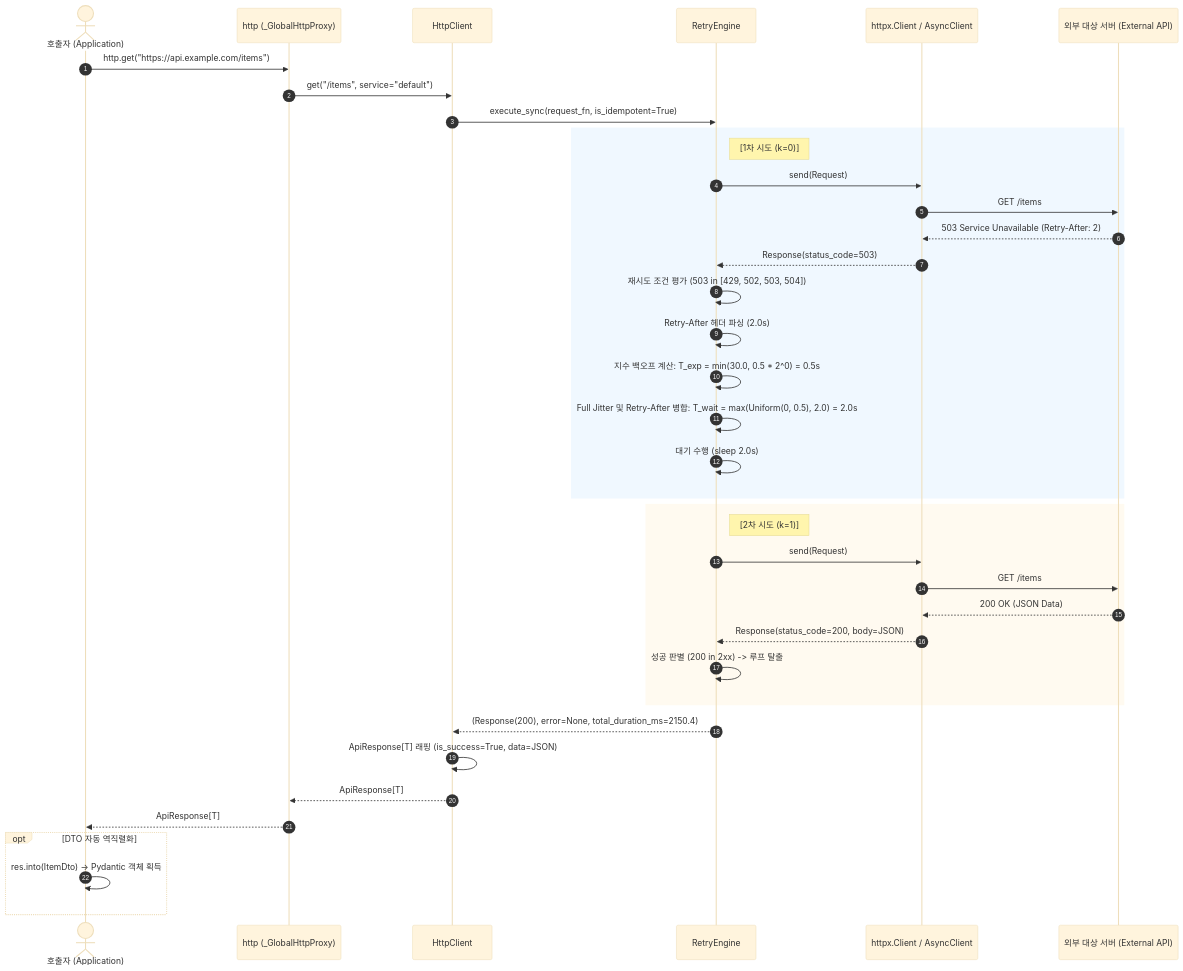
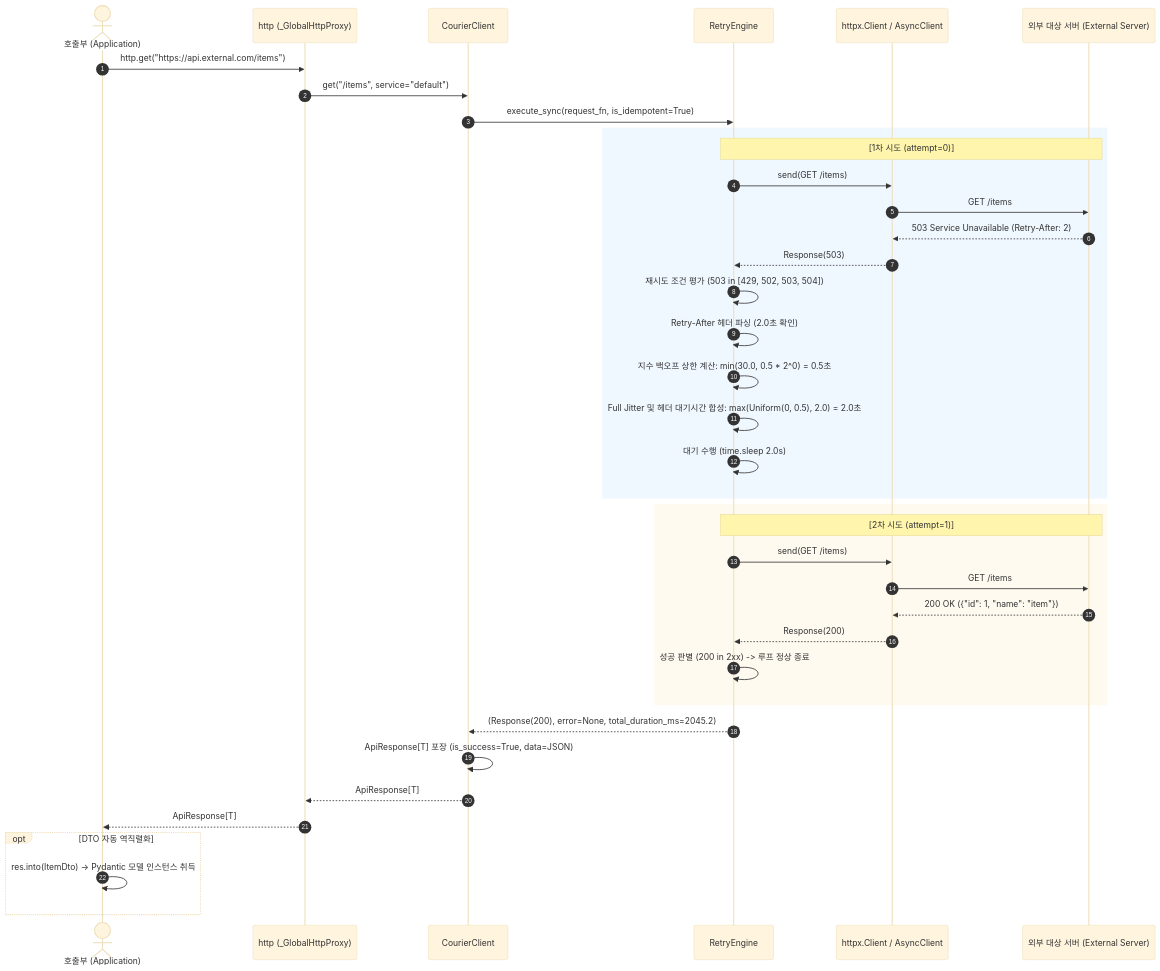
The second of 2 diagrams in docs/courier/system-designer/01_SYSTEM_DESIGN.md (ozplayground/python-package), drawn with Mermaid (base theme) before and after one commit. The commit also changed other lines of this file and 53 other files, not shown here.

````diff
--- a/docs/courier/system-designer/01_SYSTEM_DESIGN.md
+++ b/docs/courier/system-designer/01_SYSTEM_DESIGN.md
@@ -290,46 +254,46 @@
 ```mermaid
 sequenceDiagram
     autonumber
-    actor Caller as 호출자 (Application)
+    actor Caller as 호출부 (Application)
     participant Proxy as http (_GlobalHttpProxy)
-    participant Client as HttpClient
+    participant Client as CourierClient
     participant Retry as RetryEngine
     participant HTTPX as httpx.Client / AsyncClient
-    participant Server as 외부 대상 서버 (External API)
+    participant Server as 외부 대상 서버 (External Server)
 
-    Caller->>Proxy: http.get("https://api.example.com/items")
+    Caller->>Proxy: http.get("https://api.external.com/items")
     Proxy->>Client: get("/items", service="default")
     Client->>Retry: execute_sync(request_fn, is_idempotent=True)
-    
+
     rect rgb(240, 248, 255)
-        note right of Retry: [1차 시도 (k=0)]
-        Retry->>HTTPX: send(Request)
+        note over Retry, Server: [1차 시도 (attempt=0)]
+        Retry->>HTTPX: send(GET /items)
         HTTPX->>Server: GET /items
         Server-->>HTTPX: 503 Service Unavailable (Retry-After: 2)
-        HTTPX-->>Retry: Response(status_code=503)
-        
+        HTTPX-->>Retry: Response(503)
+
         Retry->>Retry: 재시도 조건 평가 (503 in [429, 502, 503, 504])
-        Retry->>Retry: Retry-After 헤더 파싱 (2.0s)
-        Retry->>Retry: 지수 백오프 계산: T_exp = min(30.0, 0.5 * 2^0) = 0.5s
-        Retry->>Retry: Full Jitter 및 Retry-After 병합: T_wait = max(Uniform(0, 0.5), 2.0) = 2.0s
-        Retry->>Retry: 대기 수행 (sleep 2.0s)
+        Retry->>Retry: Retry-After 헤더 파싱 (2.0초 확인)
+        Retry->>Retry: 지수 백오프 상한 계산: min(30.0, 0.5 * 2^0) = 0.5초
+        Retry->>Retry: Full Jitter 및 헤더 대기시간 합성: max(Uniform(0, 0.5), 2.0) = 2.0초
+        Retry->>Retry: 대기 수행 (time.sleep 2.0s)
     end
 
     rect rgb(255, 250, 240)
-        note right of Retry: [2차 시도 (k=1)]
-        Retry->>HTTPX: send(Request)
+        note over Retry, Server: [2차 시도 (attempt=1)]
+        Retry->>HTTPX: send(GET /items)
         HTTPX->>Server: GET /items
-        Server-->>HTTPX: 200 OK (JSON Data)
-        HTTPX-->>Retry: Response(status_code=200, body=JSON)
-        Retry->>Retry: 성공 판별 (200 in 2xx) -> 루프 탈출
+        Server-->>HTTPX: 200 OK ({"id": 1, "name": "item"})
+        HTTPX-->>Retry: Response(200)
+        Retry->>Retry: 성공 판별 (200 in 2xx) -> 루프 정상 종료
     end
 
-    Retry-->>Client: (Response(200), error=None, total_duration_ms=2150.4)
-    Client->>Client: ApiResponse[T] 래핑 (is_success=True, data=JSON)
+    Retry-->>Client: (Response(200), error=None, total_duration_ms=2045.2)
+    Client->>Client: ApiResponse[T] 포장 (is_success=True, data=JSON)
     Client-->>Proxy: ApiResponse[T]
     Proxy-->>Caller: ApiResponse[T]
 
     opt DTO 자동 역직렬화
-        Caller->>Caller: res.into(ItemDto) -> Pydantic 객체 획득
+        Caller->>Caller: res.into(ItemDto) -> Pydantic 모델 인스턴스 취득
     end
 ```
````
